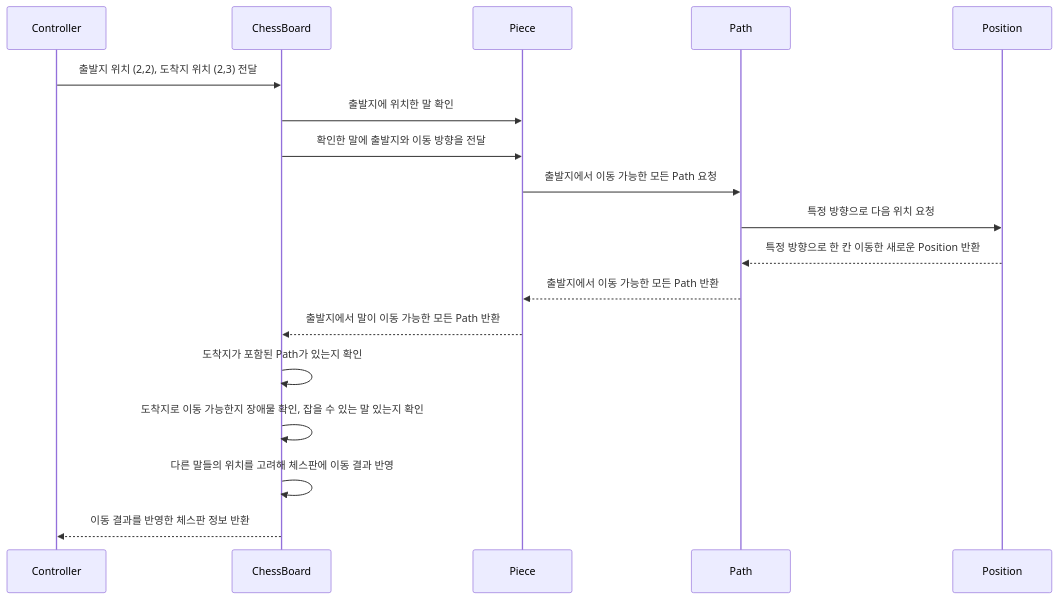
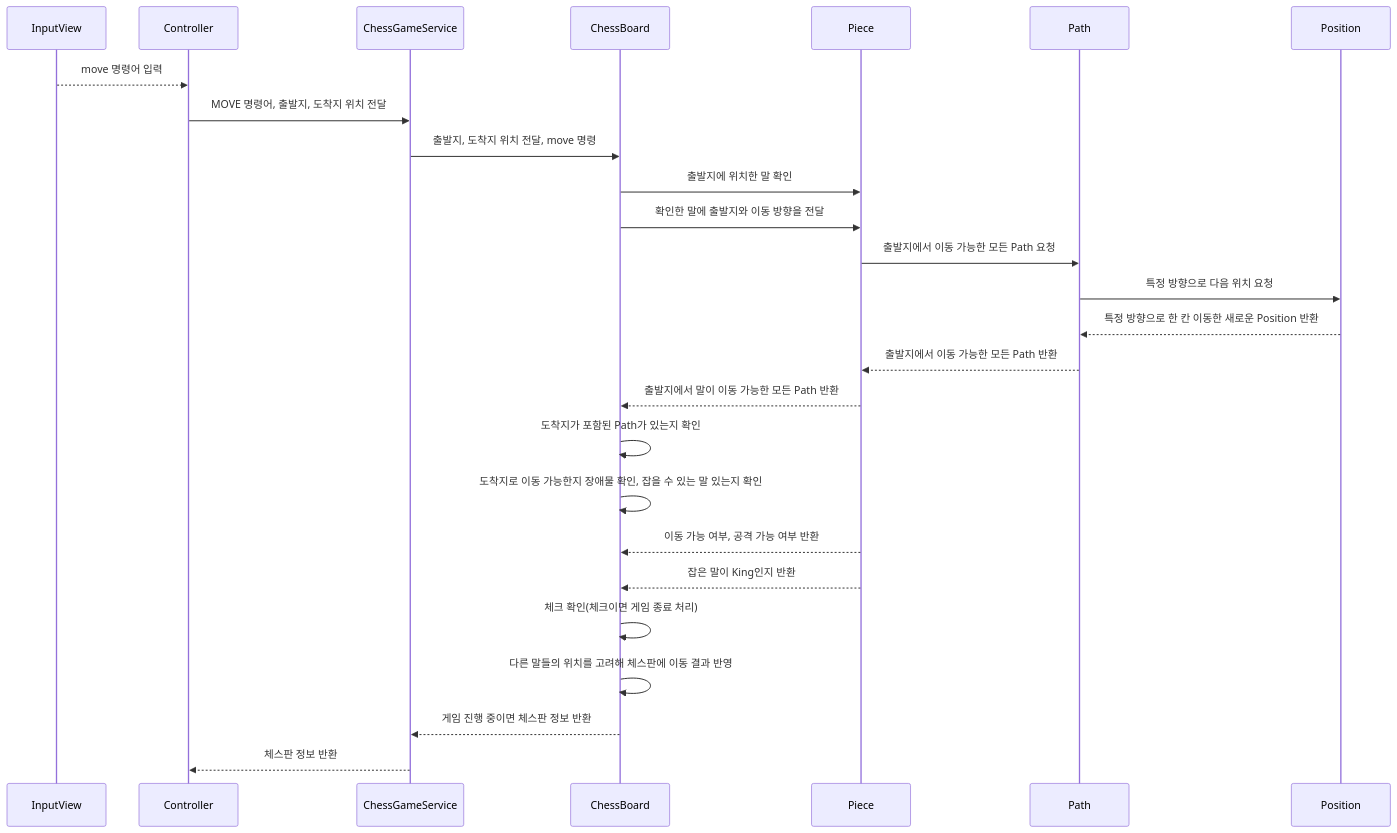
Before and after one commit to woowacourse/java-chess: the first of 2 diagrams in README.md, drawn with Mermaid. The commit also changed other lines of this file and 70 other files, not shown here.

````diff
--- a/README.md
+++ b/README.md
@@ -36,24 +84,35 @@
 ```mermaid
 sequenceDiagram
 
-	Controller ->> ChessBoard: 출발지 위치 (2,2), 도착지 위치 (2,3) 전달
+	InputView -->> Controller: move 명령어 입력
 
-  ChessBoard ->> Piece: 출발지에 위치한 말 확인
+	Controller ->> ChessGameService: MOVE 명령어, 출발지, 도착지 위치 전달
+	ChessGameService ->> ChessBoard: 출발지, 도착지 위치 전달, move 명령
+
+    ChessBoard ->> Piece: 출발지에 위치한 말 확인
 
 	ChessBoard ->> Piece: 확인한 말에 출발지와 이동 방향을 전달
 
 	Piece ->> Path: 출발지에서 이동 가능한 모든 Path 요청
 
 	Path ->> Position: 특정 방향으로 다음 위치 요청
 	Position -->> Path: 특정 방향으로 한 칸 이동한 새로운 Position 반환
 
 	Path -->> Piece: 출발지에서 이동 가능한 모든 Path 반환 
 
 	Piece -->> ChessBoard: 출발지에서 말이 이동 가능한 모든 Path 반환
 
 	ChessBoard ->> ChessBoard: 도착지가 포함된 Path가 있는지 확인
 	ChessBoard ->> ChessBoard: 도착지로 이동 가능한지 장애물 확인, 잡을 수 있는 말 있는지 확인
+
+	Piece -->> ChessBoard: 이동 가능 여부, 공격 가능 여부 반환
+
+	Piece -->> ChessBoard: 잡은 말이 King인지 반환
+	ChessBoard ->> ChessBoard: 체크 확인(체크이면 게임 종료 처리)
+
 	ChessBoard ->> ChessBoard: 다른 말들의 위치를 고려해 체스판에 이동 결과 반영
+	ChessBoard -->> ChessGameService: 게임 진행 중이면 체스판 정보 반환
 
-	ChessBoard -->> Controller: 이동 결과를 반영한 체스판 정보 반환 
+	ChessGameService -->> Controller: 체스판 정보 반환
+
 ```
````
